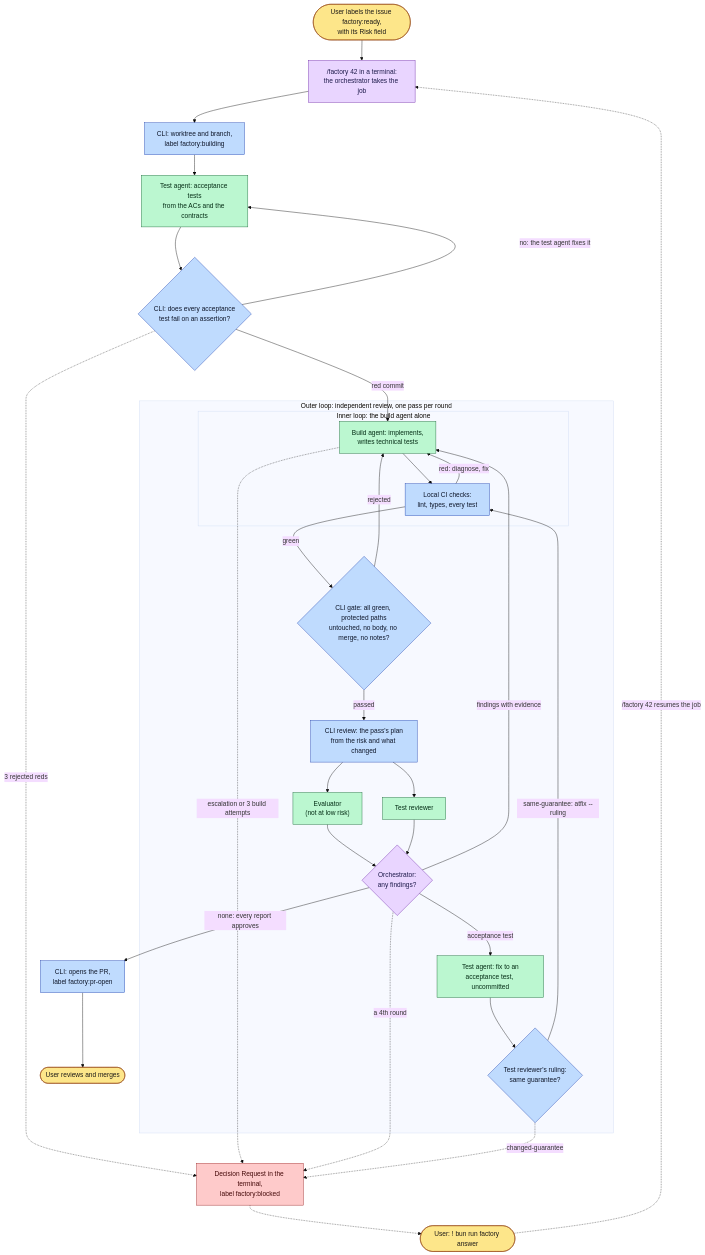
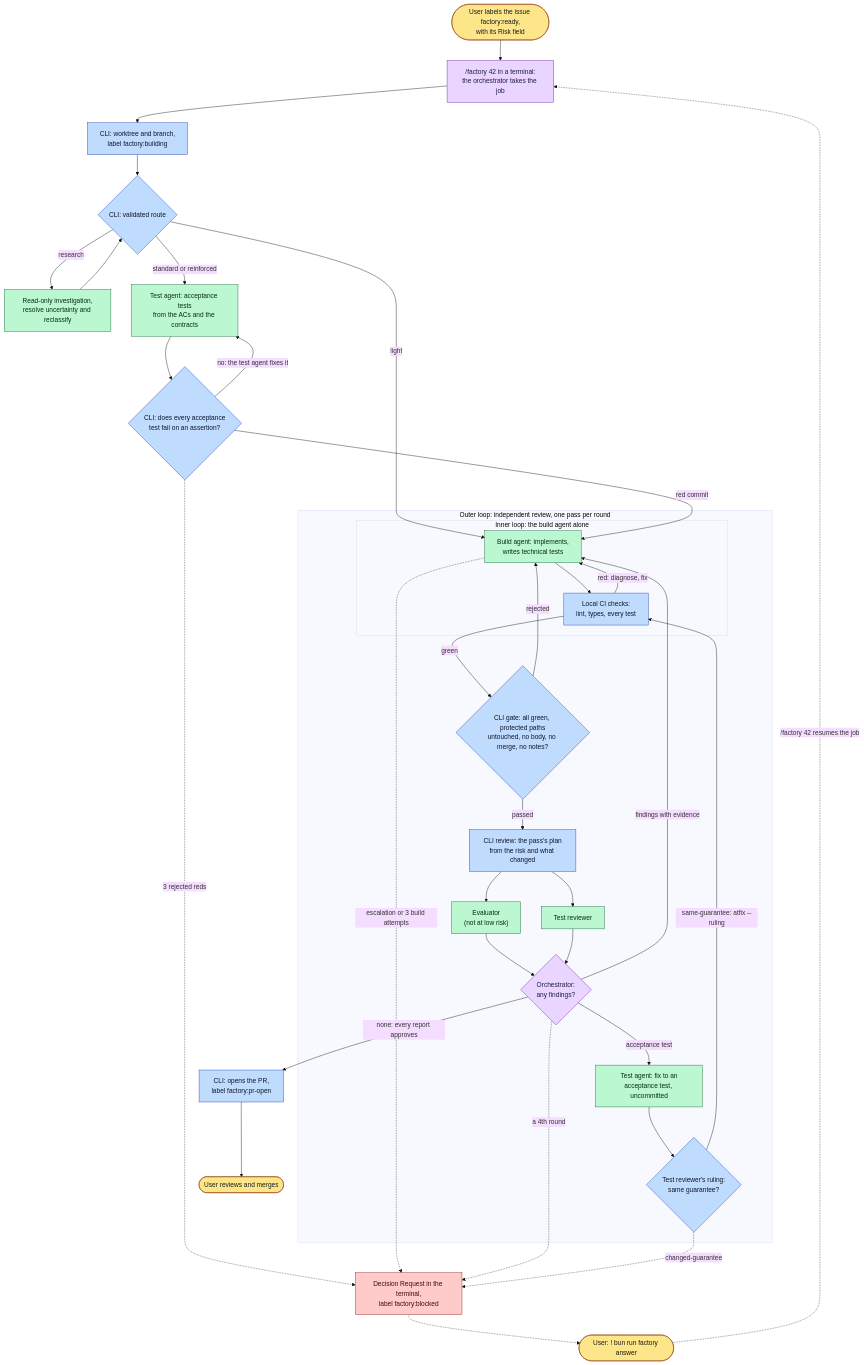
One commit to moralesbang/wandr changed the first of 9 diagrams in factory/README.md. Above: the diagram before and after it, drawn with Mermaid (base theme). The commit also changed other lines of this file and 38 other files, not shown here.

````diff
--- a/factory/README.md
+++ b/factory/README.md
@@ -9,58 +68,63 @@
 ```mermaid
 flowchart TD
     ready(["User labels the issue factory:ready,<br/>with its Risk field"])
     start["/factory 42 in a terminal:<br/>the orchestrator takes the job"]
     wt["CLI: worktree and branch,<br/>label factory:building"]
+    route{"CLI: validated route"}
+    research["Read-only investigation,<br/>resolve uncertainty and reclassify"]
     test["Test agent: acceptance tests<br/>from the ACs and the contracts"]
     red{"CLI: does every acceptance<br/>test fail on an assertion?"}
 
-    ready --> start --> wt --> test --> red
+    ready --> start --> wt --> route
+    route -->|standard or reinforced| test --> red
+    route -->|light| build
+    route -->|research| research --> route
     red -->|"no: the test agent fixes it"| test
 
     subgraph outer ["Outer loop: independent review, one pass per round"]
         subgraph inner ["Inner loop: the build agent alone"]
             build["Build agent: implements,<br/>writes technical tests"]
             checks["Local CI checks:<br/>lint, types, every test"]
             build --> checks
             checks -->|"red: diagnose, fix"| build
         end
         gate{"CLI gate: all green, protected paths<br/>untouched, no body, no merge, no notes?"}
         plan["CLI review: the pass's plan<br/>from the risk and what changed"]
         eval["Evaluator<br/>(not at low risk)"]
         tqr["Test reviewer"]
         verdict{"Orchestrator:<br/>any findings?"}
         fix["Test agent: fix to an<br/>acceptance test, uncommitted"]
         rule{"Test reviewer's ruling:<br/>same guarantee?"}
         checks -->|green| gate
         gate -->|rejected| build
         gate -->|passed| plan
         plan --> eval & tqr
         eval --> verdict
         tqr --> verdict
         verdict -->|"findings with evidence"| build
         verdict -->|"acceptance test"| fix --> rule
         rule -->|"same-guarantee: atfix --ruling"| checks
     end
 
     red -->|"red commit"| build
     verdict -->|"none: every report approves"| pr["CLI: opens the PR,<br/>label factory:pr-open"]
     pr --> merged(["User reviews and merges"])
 
     red -.->|"3 rejected reds"| dr
     build -.->|"escalation or 3 build attempts"| dr
     verdict -.->|"a 4th round"| dr
     rule -.->|"changed-guarantee"| dr
     dr["Decision Request in the terminal,<br/>label factory:blocked"] -.-> decide(["User: ! bun run factory answer"])
     decide -.->|"/factory 42 resumes the job"| start
 
     classDef user fill:#fde68a,stroke:#92400e,color:#1c1917
     classDef orch fill:#e9d5ff,stroke:#6b21a8,color:#1e1b4b
     classDef cli fill:#bfdbfe,stroke:#1e40af,color:#0f172a
     classDef agent fill:#bbf7d0,stroke:#166534,color:#052e16
     classDef wait fill:#fecaca,stroke:#991b1b,color:#450a0a
     class ready,merged,decide user
     class start,verdict orch
-    class wt,red,checks,gate,plan,pr,rule cli
-    class test,build,eval,tqr,fix agent
+    class wt,route,red,checks,gate,plan,pr,rule cli
+    class test,build,eval,tqr,fix,research agent
     class dr wait
 ```
````
